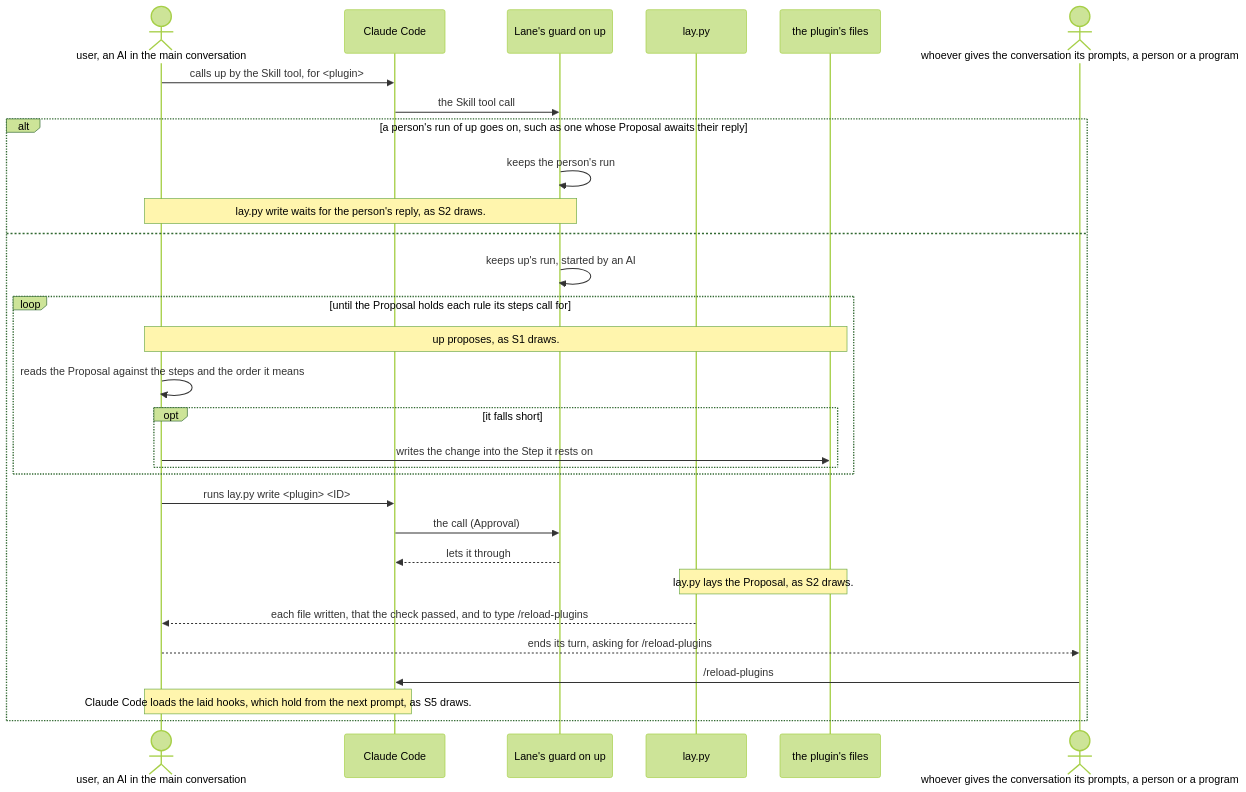
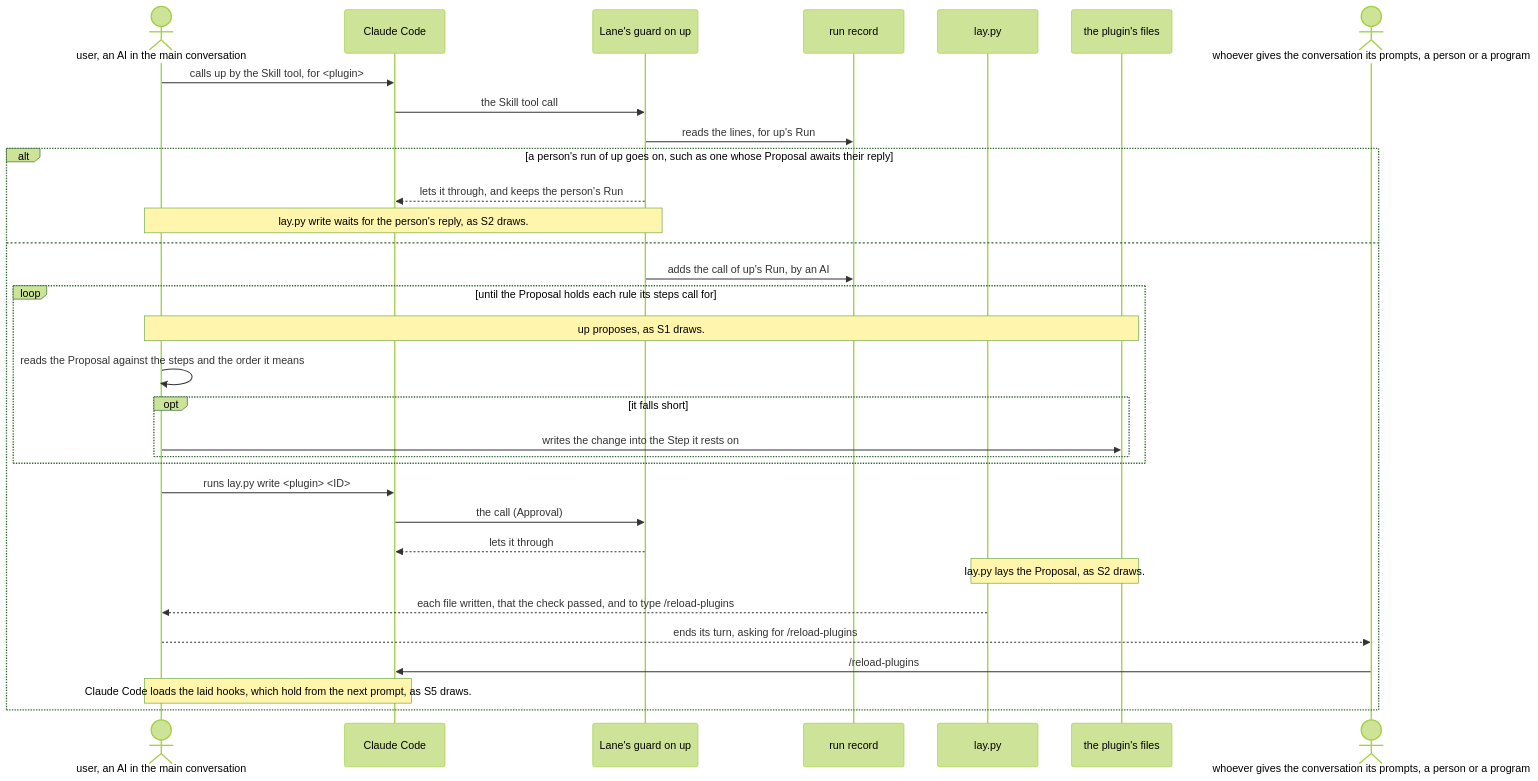
The third of 7 diagrams in dev/lane/architecture.md (lovaizu/ccpm), drawn with Mermaid (forest theme) before and after one commit. The commit also changed other lines of this file and 19 other files, not shown here.

````diff
--- a/dev/lane/architecture.md
+++ b/dev/lane/architecture.md
@@ -477,32 +520,34 @@
 ```mermaid
 sequenceDiagram
   actor A as user, an AI in the main conversation
   participant CC as Claude Code
   participant G as Lane's guard on up
+  participant RS as run record
   participant L as lay.py
   participant F as the plugin's files
   actor D as whoever gives the conversation its prompts, a person or a program
   A->>CC: calls up by the Skill tool, for <plugin>
   CC->>G: the Skill tool call
+  G->>RS: reads the lines, for up's Run
   alt a person's run of up goes on, such as one whose Proposal awaits their reply
-    G->>G: keeps the person's run
+    G-->>CC: lets it through, and keeps the person's Run
     Note over A,G: lay.py write waits for the person's reply, as S2 draws.
   else
-    G->>G: keeps up's run, started by an AI
+    G->>RS: adds the call of up's Run, by an AI
     loop until the Proposal holds each rule its steps call for
       Note over A,F: up proposes, as S1 draws.
       A->>A: reads the Proposal against the steps and the order it means
       opt it falls short
         A->>F: writes the change into the Step it rests on
       end
     end
     A->>CC: runs lay.py write <plugin> <ID>
     CC->>G: the call (Approval)
     G-->>CC: lets it through
     Note over L,F: lay.py lays the Proposal, as S2 draws.
     L-->>A: each file written, that the check passed, and to type /reload-plugins
     A-->>D: ends its turn, asking for /reload-plugins
     D->>CC: /reload-plugins
     Note over A,CC: Claude Code loads the laid hooks, which hold from the next prompt, as S5 draws.
   end
 ```
````
